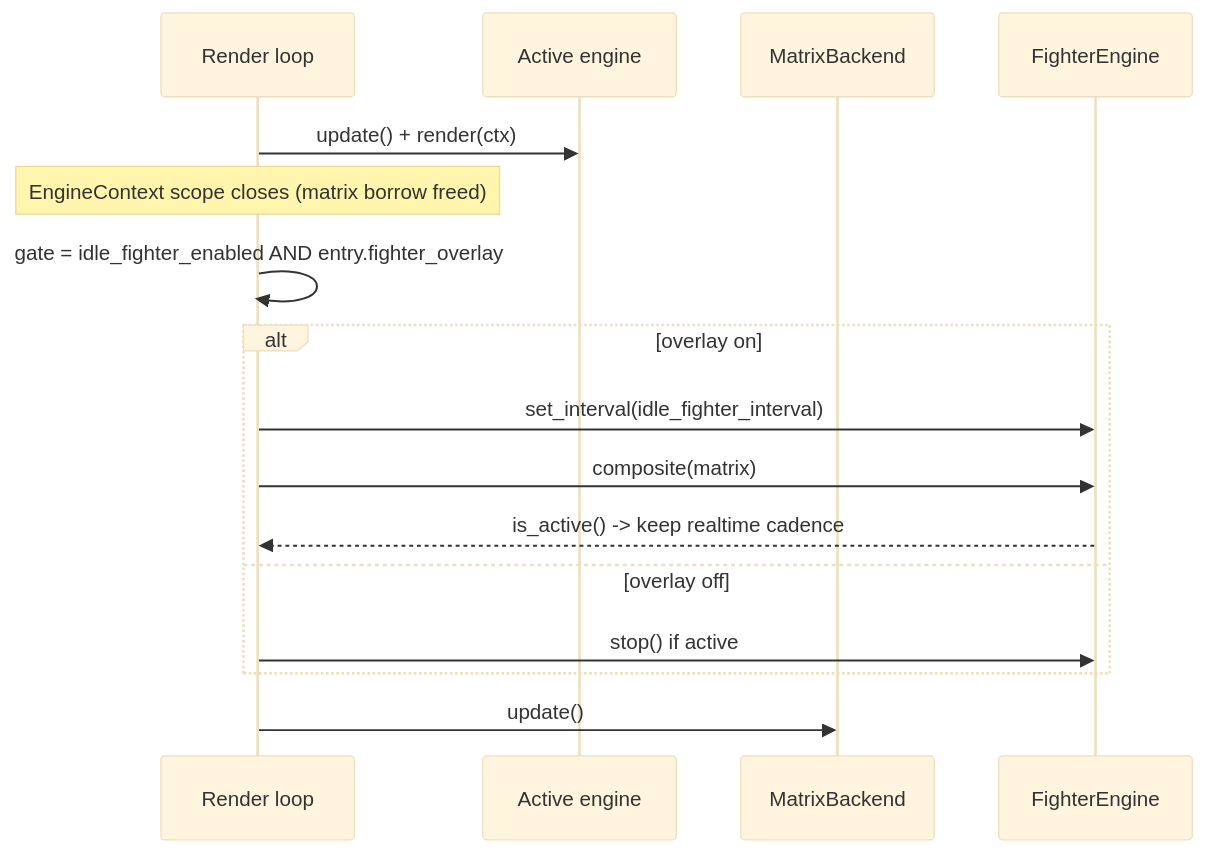
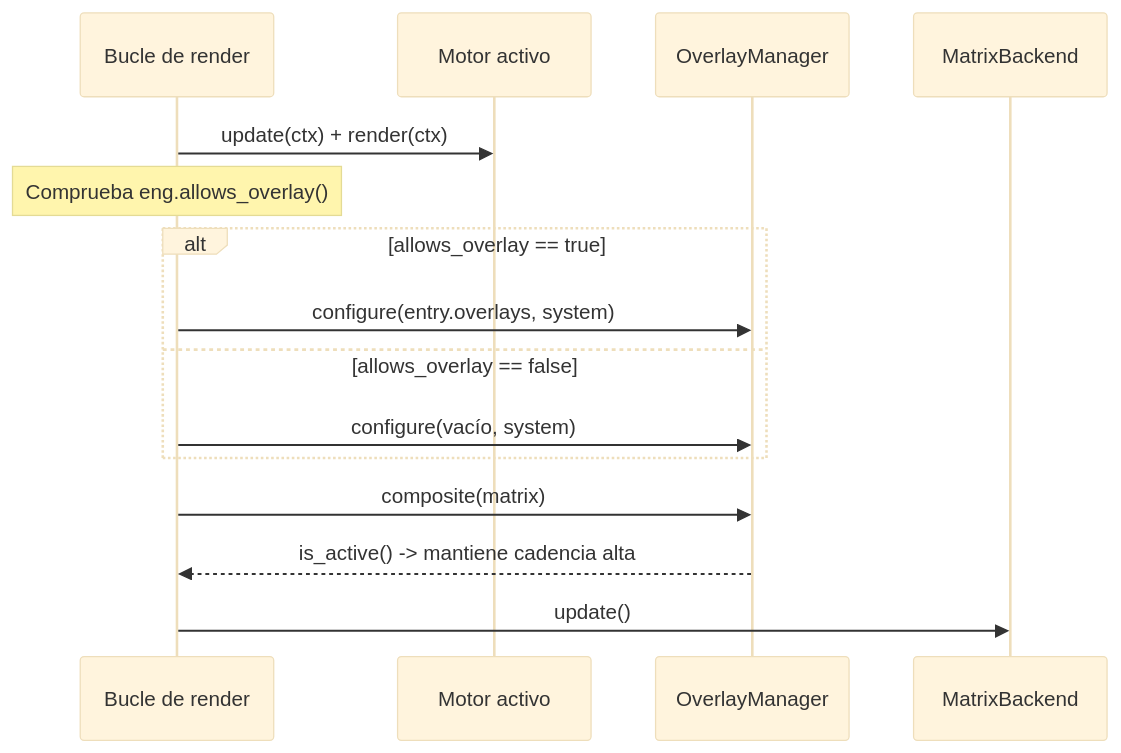
One commit to red77290/ArcadeMatrix_RPI changed diagram 13 of 14 in docs/ARCHITECTURE_ES.md. Above: the diagram before and after it, drawn with Mermaid (base theme). The commit also changed other lines of this file and 15 other files, not shown here.

First line of the commit message:
feat(core): implement polymorphic engine interface and transverse overlay architecture

````diff
--- a/docs/ARCHITECTURE_ES.md
+++ b/docs/ARCHITECTURE_ES.md
@@ -556,19 +560,18 @@
 ```mermaid
 sequenceDiagram
-    participant RLoop as Render loop
-    participant Eng as Active engine
+    participant RLoop as Bucle de render
+    participant Eng as Motor activo
+    participant OM as OverlayManager
     participant MX as MatrixBackend
-    participant FE as FighterEngine
 
-    RLoop->>Eng: update() + render(ctx)
-    Note over RLoop: EngineContext scope closes (matrix borrow freed)
-    RLoop->>RLoop: gate = idle_fighter_enabled AND entry.fighter_overlay
-    alt overlay on
-        RLoop->>FE: set_interval(idle_fighter_interval)
-        RLoop->>FE: composite(matrix)
-        FE-->>RLoop: is_active() -> keep realtime cadence
-    else overlay off
-        RLoop->>FE: stop() if active
+    RLoop->>Eng: update(ctx) + render(ctx)
+    Note over RLoop: Comprueba eng.allows_overlay()
+    alt allows_overlay == true
+        RLoop->>OM: configure(entry.overlays, system)
+    else allows_overlay == false
+        RLoop->>OM: configure(vacío, system)
     end
+    RLoop->>OM: composite(matrix)
+    OM-->>RLoop: is_active() -> mantiene cadencia alta
     RLoop->>MX: update()
 ```
````
